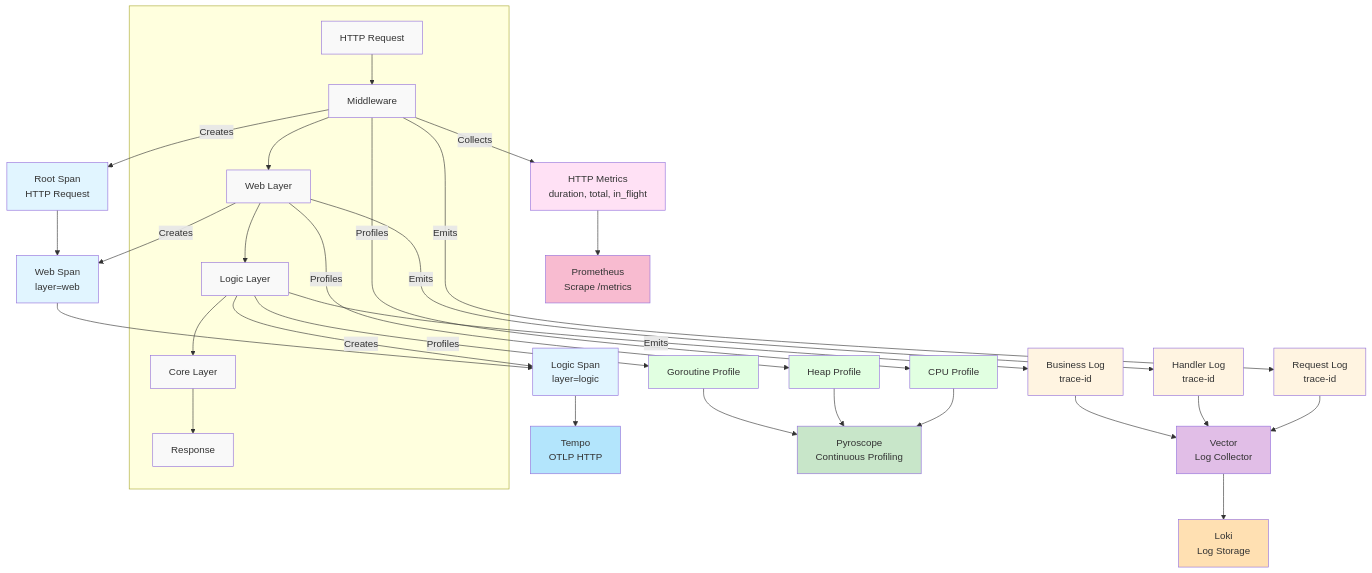
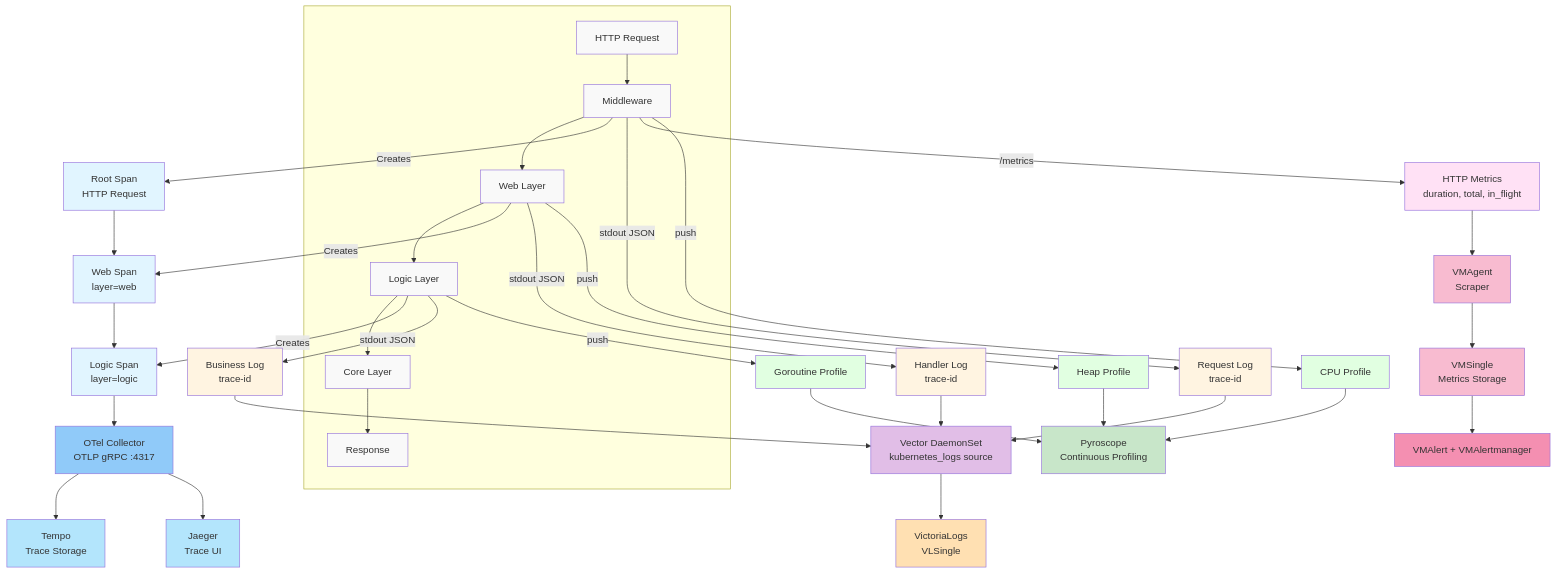
One commit to duynhlab/homelab changed the second of 6 diagrams in docs/observability/architecture.md. Above: the diagram before and after it, drawn with Mermaid. The commit also changed other lines of this file and 2 other files, not shown here.

First line of the commit message:
Refresh observability architecture docs

````diff
--- a/docs/observability/architecture.md
+++ b/docs/observability/architecture.md
@@ -86,57 +93,65 @@
 ```mermaid
 graph TB
     subgraph REQ[" "]
         A[HTTP Request] --> B[Middleware]
         B --> C[Web Layer]
         C --> D[Logic Layer]
         D --> E[Core Layer]
         E --> F[Response]
     end
-    
+
     B -->|Creates| T1[Root Span<br/>HTTP Request]
     C -->|Creates| T2[Web Span<br/>layer=web]
     D -->|Creates| T3[Logic Span<br/>layer=logic]
         T1 --> T2
         T2 --> T3
-        T3 --> TEMPO[Tempo<br/>OTLP HTTP]
-    
-    B -->|Emits| L1[Request Log<br/>trace-id]
-    C -->|Emits| L2[Handler Log<br/>trace-id]
-    D -->|Emits| L3[Business Log<br/>trace-id]
-        L1 --> VECTOR[Vector<br/>Log Collector]
+        T3 --> OTEL[OTel Collector<br/>OTLP gRPC :4317]
+        OTEL --> TEMPO[Tempo<br/>Trace Storage]
+        OTEL --> JAEGER[Jaeger<br/>Trace UI]
+
+    B -->|stdout JSON| L1[Request Log<br/>trace-id]
+    C -->|stdout JSON| L2[Handler Log<br/>trace-id]
+    D -->|stdout JSON| L3[Business Log<br/>trace-id]
+        L1 --> VECTOR[Vector DaemonSet<br/>kubernetes_logs source]
         L2 --> VECTOR
         L3 --> VECTOR
-        VECTOR --> LOKI[Loki<br/>Log Storage]
-    
-    B -->|Collects| M1[HTTP Metrics<br/>duration, total, in_flight]
-        M1 --> PROM[Prometheus<br/>Scrape /metrics]
-    
-    B -->|Profiles| P1[CPU Profile]
-    C -->|Profiles| P2[Heap Profile]
-    D -->|Profiles| P3[Goroutine Profile]
+        VECTOR --> VLOGS[VictoriaLogs<br/>VLSingle]
+
+    B -->|/metrics| M1[HTTP Metrics<br/>duration, total, in_flight]
+        M1 --> VMAGENT[VMAgent<br/>Scraper]
+        VMAGENT --> VMSINGLE[VMSingle<br/>Metrics Storage]
+        VMSINGLE --> VMALERT[VMAlert + VMAlertmanager]
+
+    B -->|push| P1[CPU Profile]
+    C -->|push| P2[Heap Profile]
+    D -->|push| P3[Goroutine Profile]
         P1 --> PYRO[Pyroscope<br/>Continuous Profiling]
         P2 --> PYRO
         P3 --> PYRO
-    
+
     style A fill:#f9f9f9
     style B fill:#f9f9f9
     style C fill:#f9f9f9
     style D fill:#f9f9f9
     style E fill:#f9f9f9
     style F fill:#f9f9f9
     style T1 fill:#e1f5ff
     style T2 fill:#e1f5ff
     style T3 fill:#e1f5ff
+    style OTEL fill:#90caf9
     style TEMPO fill:#b3e5fc
+    style JAEGER fill:#b3e5fc
     style L1 fill:#fff4e1
     style L2 fill:#fff4e1
     style L3 fill:#fff4e1
     style VECTOR fill:#e1bee7
-    style LOKI fill:#ffe0b2
+    style VLOGS fill:#ffe0b2
     style M1 fill:#ffe1f5
-    style PROM fill:#f8bbd0
+    style VMAGENT fill:#f8bbd0
+    style VMSINGLE fill:#f8bbd0
+    style VMALERT fill:#f48fb1
     style P1 fill:#e1ffe1
     style P2 fill:#e1ffe1
     style P3 fill:#e1ffe1
     style PYRO fill:#c8e6c9
 ```
````
